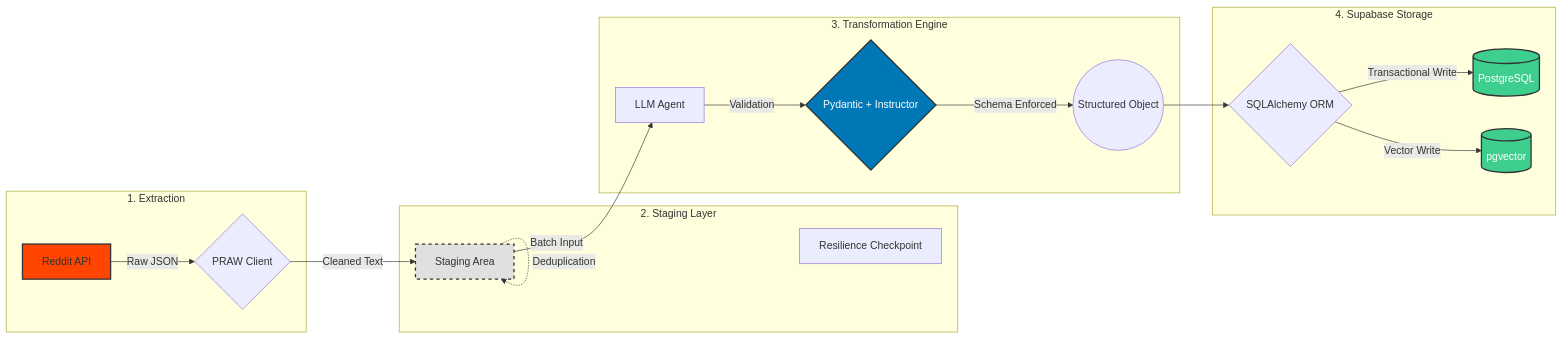
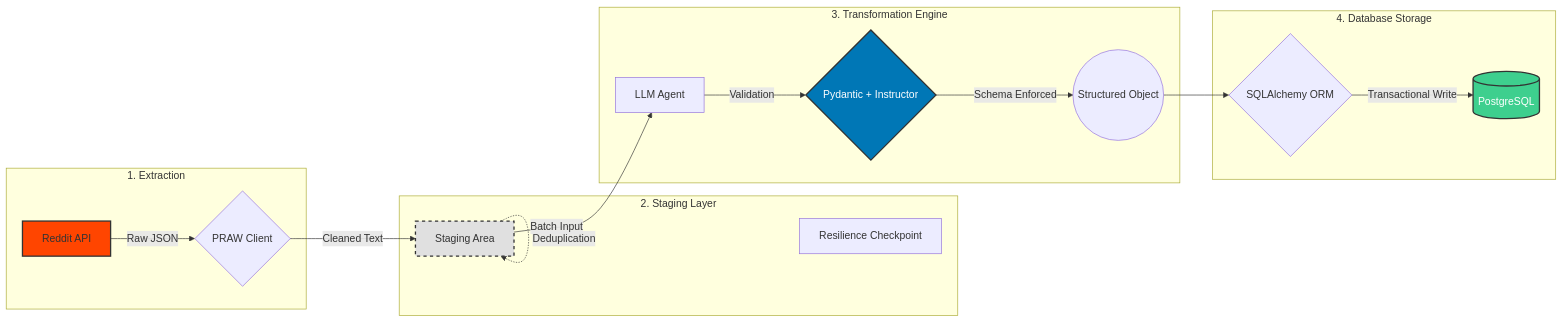
One commit to ai-rio/redditharbor changed the first of 6 diagrams in pipeline-v3/docs/README.md. Above: the diagram before and after it, drawn with Mermaid. The commit also changed other lines of this file and 6 other files, not shown here.

First line of the commit message:
docs: update README.md with architecture verification and mermaid diagrams

````diff
--- a/pipeline-v3/docs/README.md
+++ b/pipeline-v3/docs/README.md
@@ -131,30 +169,28 @@
 ```mermaid
 graph LR
     subgraph 1. Extraction
         A[Reddit API] -->|Raw JSON| B{PRAW Client};
     end
 
     subgraph 2. Staging Layer
         B -->|Cleaned Text| C[Staging Area];
         C -.->|Deduplication| C;
         note[Resilience Checkpoint]
     end
 
     subgraph 3. Transformation Engine
         C -->|Batch Input| D[LLM Agent];
         D -->|Validation| E{Pydantic + Instructor};
         E -- Schema Enforced --> F((Structured Object));
     end
 
-    subgraph 4. Supabase Storage
+    subgraph 4. Database Storage
         F --> G{SQLAlchemy ORM};
         G -->|Transactional Write| H[(PostgreSQL)];
-        G -->|Vector Write| I[(pgvector)];
     end
 
     style A fill:#FF4500,stroke:#333,stroke-width:2px
     style C fill:#E0E0E0,stroke:#333,stroke-width:2px,stroke-dasharray: 5 5
     style E fill:#0077B6,stroke:#333,stroke-width:2px,color:white
     style H fill:#3ECF8E,stroke:#333,stroke-width:2px,color:white
-    style I fill:#3ECF8E,stroke:#333,stroke-width:2px,color:white
 ```
````
